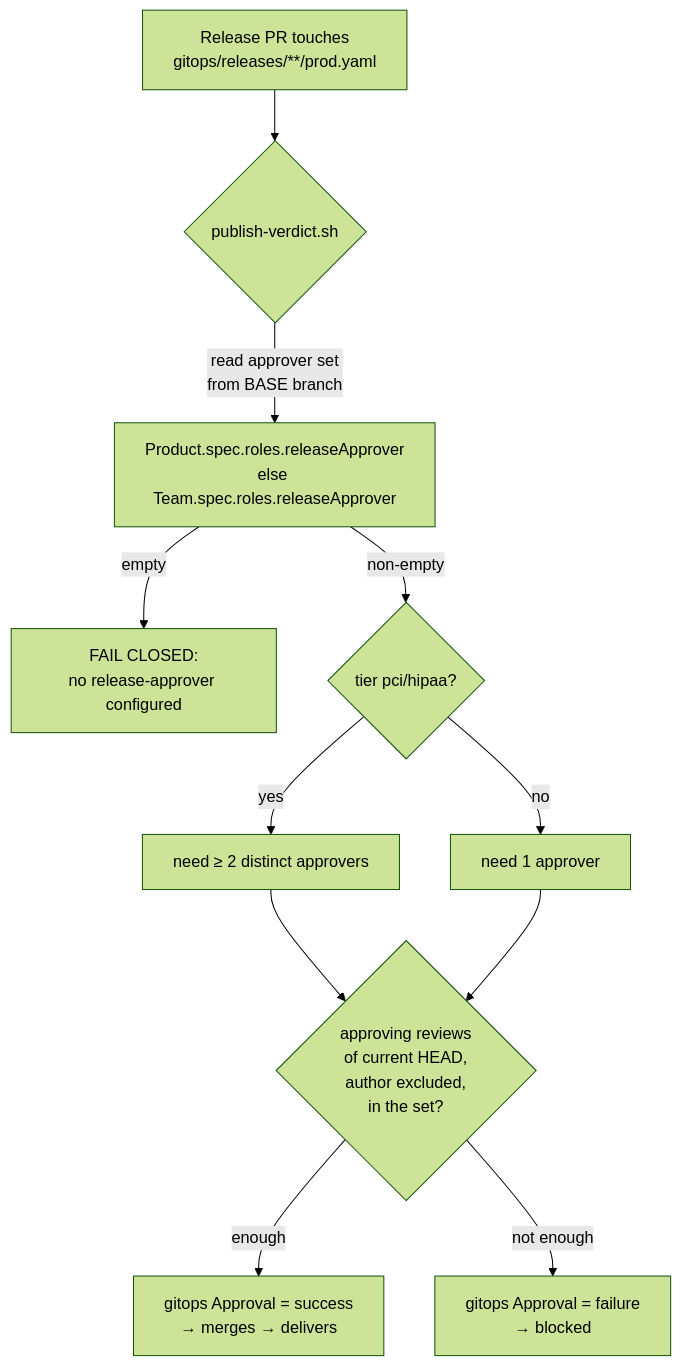
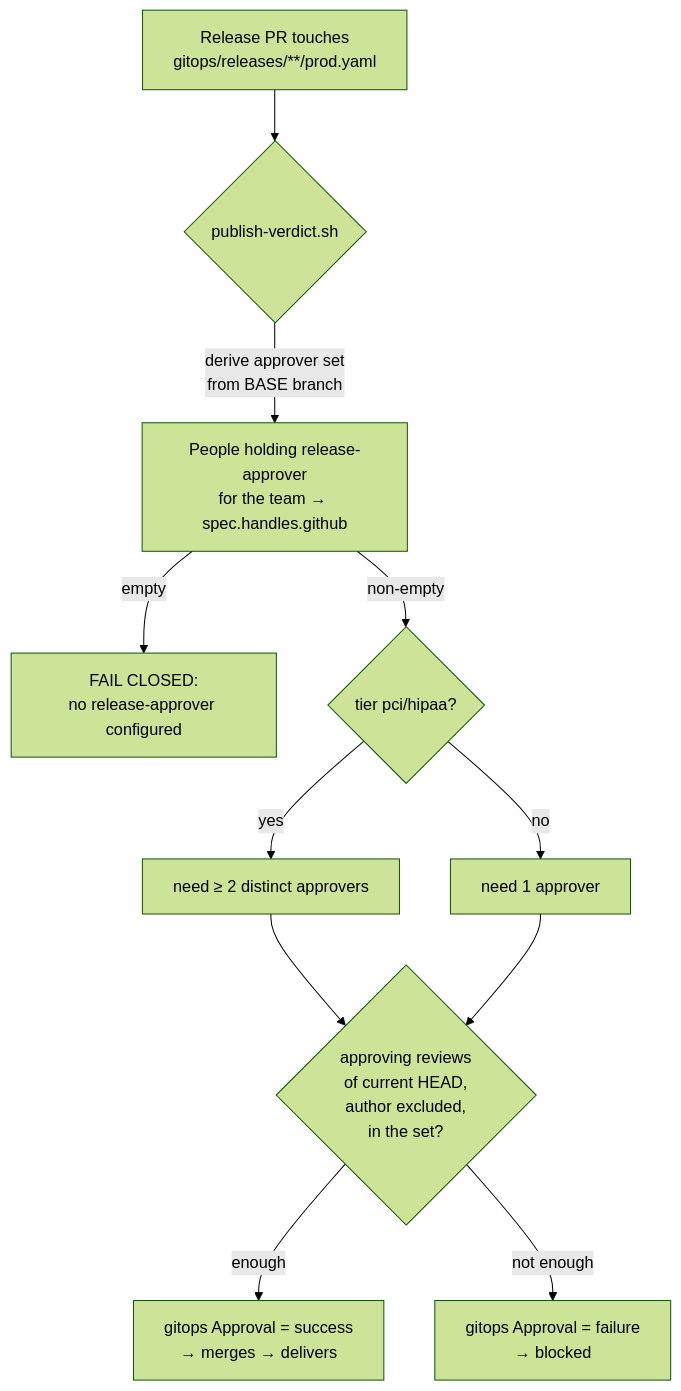
Before and after one commit to asanexample/platform: the second of 2 diagrams in docs/architecture/promotion-and-release.md, drawn with Mermaid (forest theme). The commit also changed other lines of this file and 16 other files, not shown here.

First line of the commit message:
feat(governance): retire the hand-authored Team/Product roles field (ADR-090 step 3)

````diff
--- a/docs/architecture/promotion-and-release.md
+++ b/docs/architecture/promotion-and-release.md
@@ -125,13 +125,13 @@
 ```mermaid
 flowchart TD
     PR[Release PR touches<br/>gitops/releases/**/prod.yaml] --> Verdict{publish-verdict.sh}
-    Verdict -->|read approver set<br/>from BASE branch| Set["Product.spec.roles.releaseApprover<br/>else Team.spec.roles.releaseApprover"]
+    Verdict -->|derive approver set<br/>from BASE branch| Set["People holding release-approver<br/>for the team → spec.handles.github"]
     Set -->|empty| Fail1[FAIL CLOSED:<br/>no release-approver configured]
     Set -->|non-empty| Need{tier pci/hipaa?}
     Need -->|yes| Two[need ≥ 2 distinct approvers]
     Need -->|no| One[need 1 approver]
     Two --> Check{approving reviews<br/>of current HEAD,<br/>author excluded,<br/>in the set?}
     One --> Check
     Check -->|enough| Pass[gitops Approval = success<br/>→ merges → delivers]
     Check -->|not enough| Fail2[gitops Approval = failure<br/>→ blocked]
 ```
````
